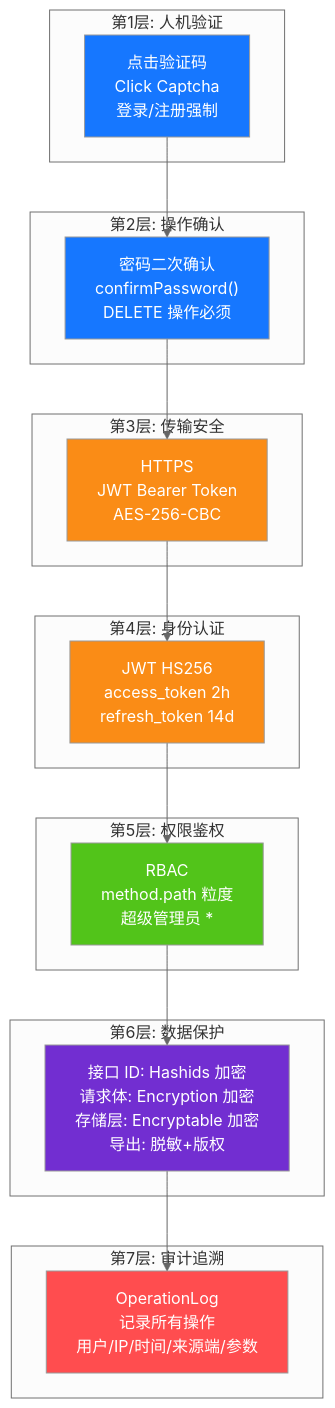
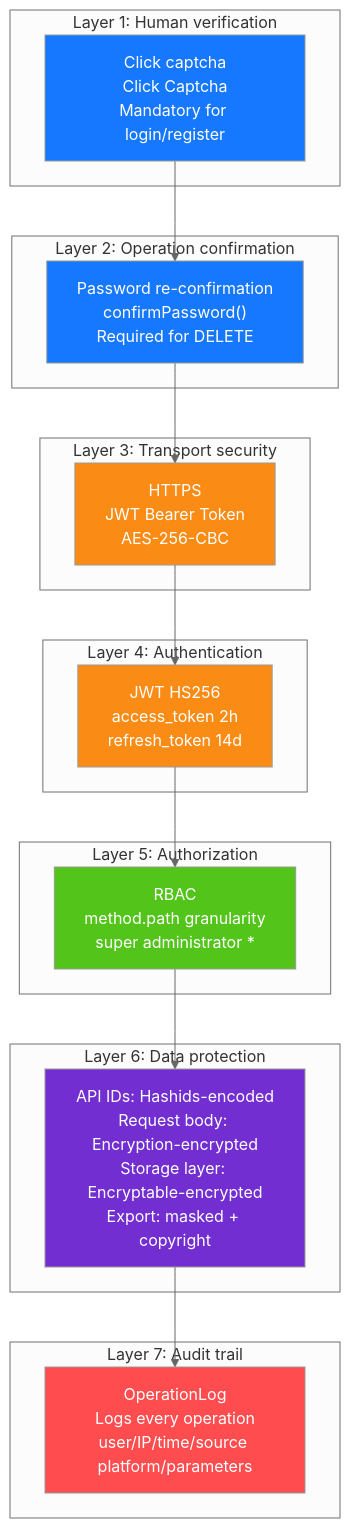
One commit to erikwang2013/game-platform-php changed diagram 13 of 14 in admin/docs/ARCHITECTURE.en.md. Above: the diagram before and after it, drawn with Mermaid (neutral theme). The commit also changed other lines of this file and 211 other files, not shown here.

First line of the commit message:
fix: 支付配置读回类型根治、提现事件对账巡检，12 语族 mermaid 与 API 标签本地化

````diff
--- a/admin/docs/ARCHITECTURE.en.md
+++ b/admin/docs/ARCHITECTURE.en.md
@@ -602,40 +602,40 @@
 ```mermaid
 flowchart TB
-    subgraph "第1层: 人机验证"
-        L1["点击验证码<br/>Click Captcha<br/>登录/注册强制"]
+    subgraph "Layer 1: Human verification"
+        L1["Click captcha<br/>Click Captcha<br/>Mandatory for login/register"]
     end
 
-    subgraph "第2层: 操作确认"
-        L2["密码二次确认<br/>confirmPassword()<br/>DELETE 操作必须"]
+    subgraph "Layer 2: Operation confirmation"
+        L2["Password re-confirmation<br/>confirmPassword()<br/>Required for DELETE"]
     end
 
-    subgraph "第3层: 传输安全"
+    subgraph "Layer 3: Transport security"
         L3["HTTPS<br/>JWT Bearer Token<br/>AES-256-CBC"]
     end
 
-    subgraph "第4层: 身份认证"
+    subgraph "Layer 4: Authentication"
         L4["JWT HS256<br/>access_token 2h<br/>refresh_token 14d"]
     end
 
-    subgraph "第5层: 权限鉴权"
-        L5["RBAC<br/>method.path 粒度<br/>超级管理员 * "]
+    subgraph "Layer 5: Authorization"
+        L5["RBAC<br/>method.path granularity<br/>super administrator * "]
     end
 
-    subgraph "第6层: 数据保护"
-        L6["接口 ID: Hashids 加密<br/>请求体: Encryption 加密<br/>存储层: Encryptable 加密<br/>导出: 脱敏+版权"]
+    subgraph "Layer 6: Data protection"
+        L6["API IDs: Hashids-encoded<br/>Request body: Encryption-encrypted<br/>Storage layer: Encryptable-encrypted<br/>Export: masked + copyright"]
     end
 
-    subgraph "第7层: 审计追溯"
-        L7["OperationLog<br/>记录所有操作<br/>用户/IP/时间/来源端/参数"]
+    subgraph "Layer 7: Audit trail"
+        L7["OperationLog<br/>Logs every operation<br/>user/IP/time/source platform/parameters"]
     end
 
     L1 --> L2 --> L3 --> L4 --> L5 --> L6 --> L7
 
     style L1 fill:#1677FF,color:#fff
     style L2 fill:#1677FF,color:#fff
     style L3 fill:#FA8C16,color:#fff
     style L4 fill:#FA8C16,color:#fff
     style L5 fill:#52C41A,color:#fff
     style L6 fill:#722ED1,color:#fff
     style L7 fill:#FF4D4F,color:#fff
 ```
````
